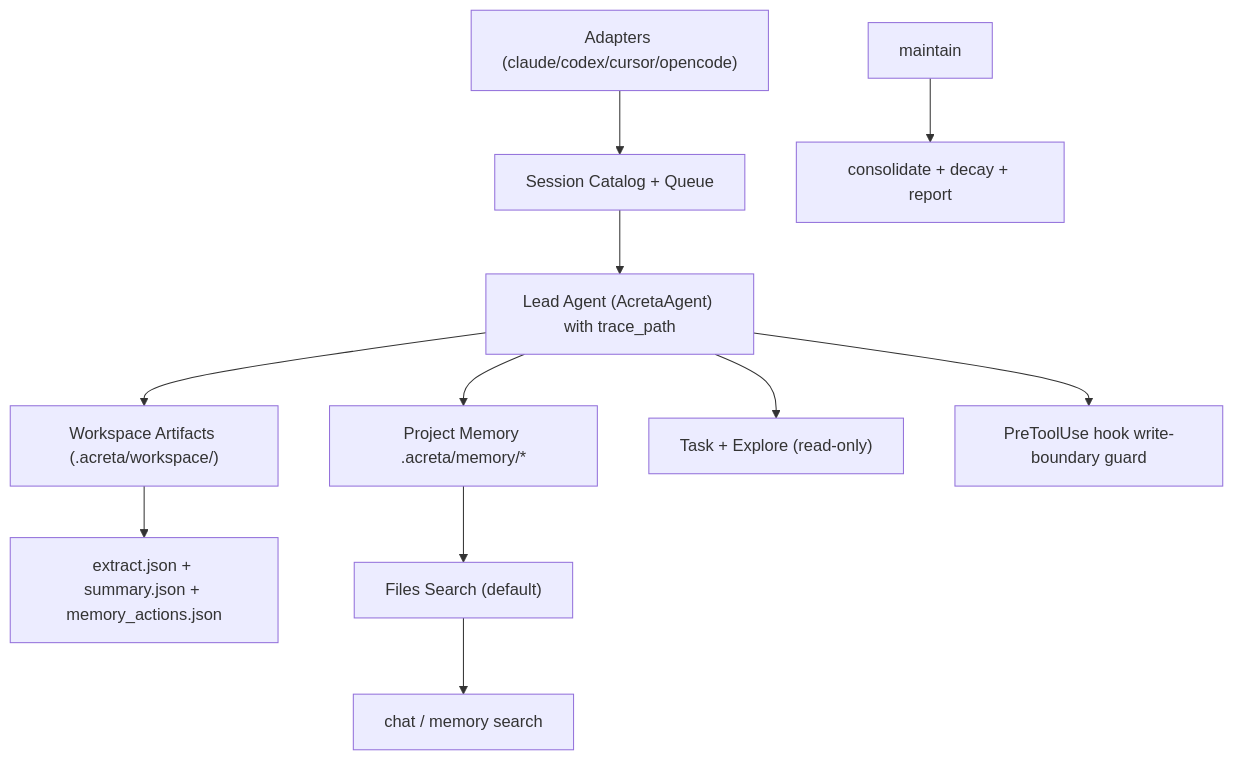
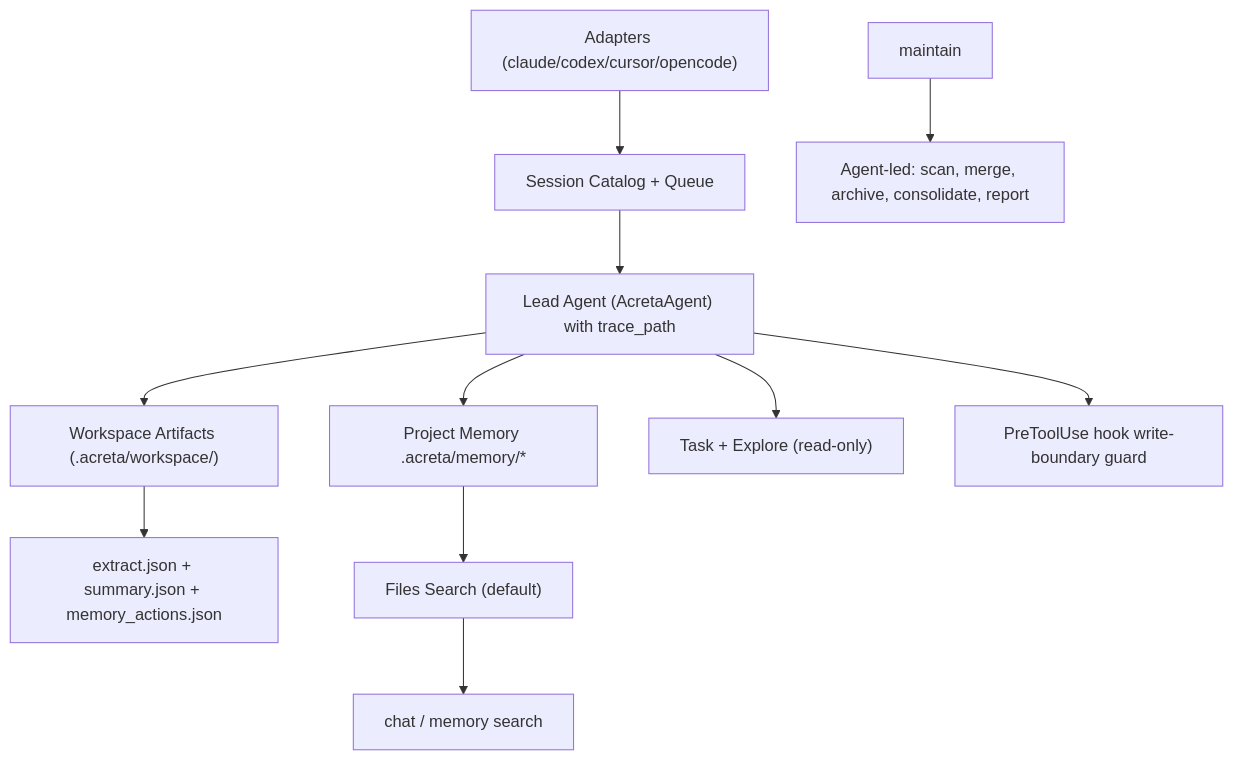
One commit to kargarisaac/acreta changed the diagram in docs/architecture.md. Above: the diagram before and after it, drawn with Mermaid. The commit also changed other lines of this file and 10 other files, not shown here.

````diff
--- a/docs/architecture.md
+++ b/docs/architecture.md
@@ -27,15 +27,15 @@
 ```mermaid
 flowchart TD
     A["Adapters (claude/codex/cursor/opencode)"] --> B["Session Catalog + Queue"]
     B --> C["Lead Agent (AcretaAgent) with trace_path"]
     C --> D["Workspace Artifacts (.acreta/workspace/<run_id>)"]
     D --> E["extract.json + summary.json + memory_actions.json"]
     C --> F["Project Memory .acreta/memory/*"]
     C --> O["Task + Explore (read-only)"]
     C --> P["PreToolUse hook write-boundary guard"]
 
     F --> H["Files Search (default)"]
     H --> L["chat / memory search"]
 
-    M["maintain"] --> N["consolidate + decay + report"]
+    M["maintain"] --> N["Agent-led: scan, merge, archive, consolidate, report"]
 ```
````
